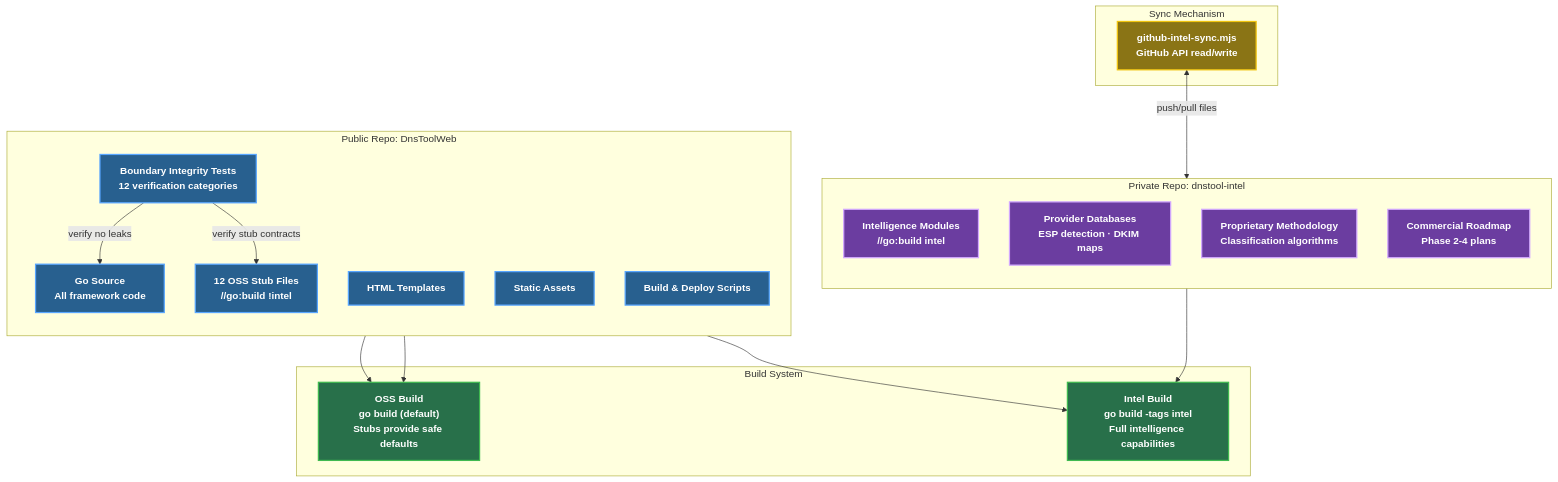
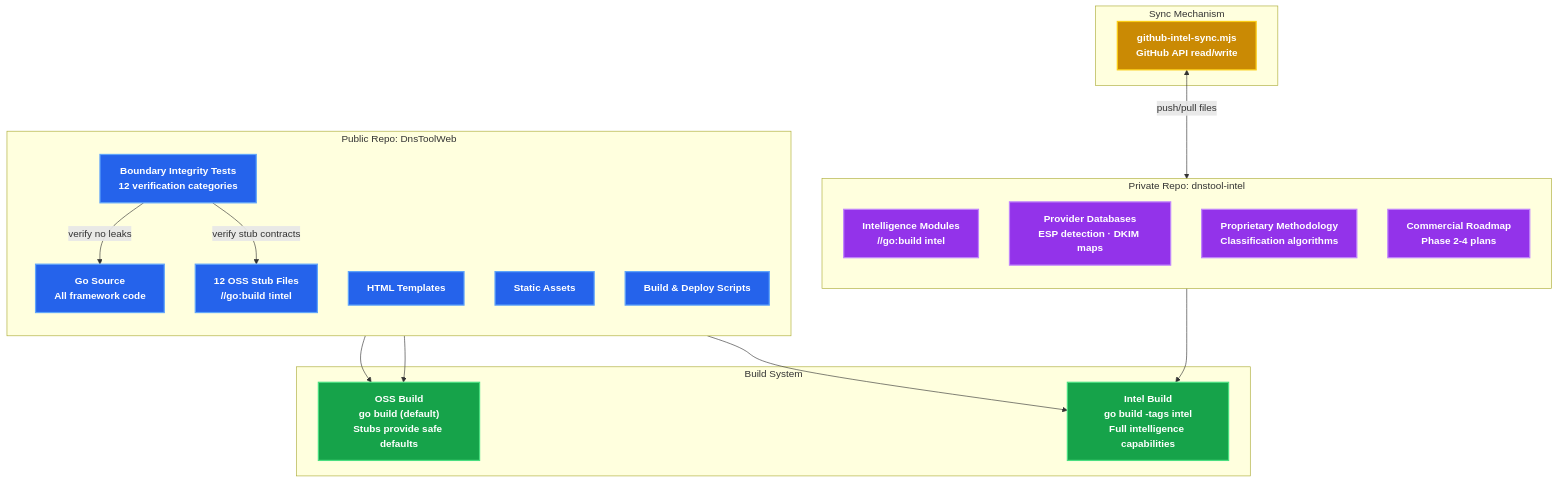
The fourth of 7 diagrams in docs/architecture/SYSTEM_ARCHITECTURE.md (careyjames/DnsToolWeb), drawn with Mermaid before and after one commit. The commit also changed other lines of this file and 1 other file, not shown here.

First line of the commit message:
Improve diagram colors and visibility by adjusting styling and scripts

````diff
--- a/docs/architecture/SYSTEM_ARCHITECTURE.md
+++ b/docs/architecture/SYSTEM_ARCHITECTURE.md
@@ -201,47 +201,47 @@
 ```mermaid
 graph TB
     subgraph "Public Repo: DnsToolWeb"
         direction TB
         PublicGo["Go Source<br/>All framework code"]
         Stubs["12 OSS Stub Files<br/>//go:build !intel"]
         Templates2["HTML Templates"]
         Static["Static Assets"]
         Tests["Boundary Integrity Tests<br/>12 verification categories"]
         Scripts["Build & Deploy Scripts"]
     end
 
     subgraph "Private Repo: dnstool-intel"
         direction TB
         Intel["Intelligence Modules<br/>//go:build intel"]
         ProviderDB["Provider Databases<br/>ESP detection · DKIM maps"]
         Methodology["Proprietary Methodology<br/>Classification algorithms"]
         Commercial["Commercial Roadmap<br/>Phase 2-4 plans"]
     end
 
     subgraph "Build System"
         BuildOSS["OSS Build<br/>go build (default)<br/>Stubs provide safe defaults"]
         BuildIntel["Intel Build<br/>go build -tags intel<br/>Full intelligence capabilities"]
     end
 
     subgraph "Sync Mechanism"
         Sync["github-intel-sync.mjs<br/>GitHub API read/write"]
     end
 
     PublicGo --> BuildOSS
     Stubs --> BuildOSS
     PublicGo --> BuildIntel
     Intel --> BuildIntel
     Sync <-->|"push/pull files"| Intel
     Tests -->|"verify no leaks"| PublicGo
     Tests -->|"verify stub contracts"| Stubs
 
-    classDef default fill:#22476e,stroke:#5ba3e0,stroke-width:2px,color:#f0f6fc
-    classDef public fill:#28608f,stroke:#58a6ff,stroke-width:2px,color:#fff,font-weight:bold
-    classDef private fill:#6b3da0,stroke:#d2a8ff,stroke-width:2px,color:#fff,font-weight:bold
-    classDef build fill:#28704a,stroke:#3fb950,stroke-width:2px,color:#fff,font-weight:bold
-    classDef sync fill:#8a7415,stroke:#f1c40f,stroke-width:2px,color:#fff,font-weight:bold
+    classDef default fill:#2563eb,stroke:#60a5fa,stroke-width:2px,color:#f0f6fc
+    classDef public fill:#2563eb,stroke:#60a5fa,stroke-width:2px,color:#fff,font-weight:bold
+    classDef private fill:#9333ea,stroke:#c084fc,stroke-width:2px,color:#fff,font-weight:bold
+    classDef build fill:#16a34a,stroke:#4ade80,stroke-width:2px,color:#fff,font-weight:bold
+    classDef sync fill:#ca8a04,stroke:#facc15,stroke-width:2px,color:#fff,font-weight:bold
     class PublicGo,Stubs,Templates2,Static,Tests,Scripts public
     class Intel,ProviderDB,Methodology,Commercial private
     class BuildOSS,BuildIntel build
     class Sync sync
 ```
````
